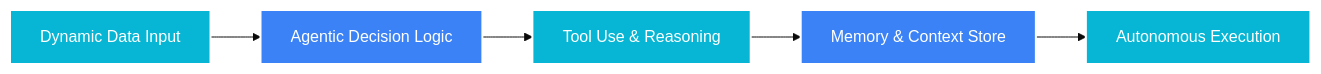
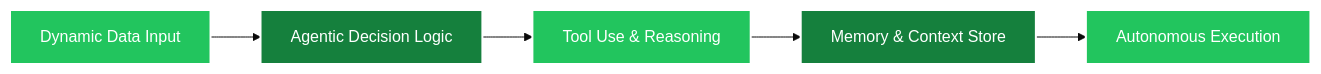
The diagram in README.md (PAMIDIROHIT/PAMIDIROHIT), drawn with Mermaid (base theme) before and after one commit. The commit also changed other lines of this file and 1 other file, not shown here.

````diff
--- a/README.md
+++ b/README.md
@@ -41,12 +41,12 @@
 ```mermaid
 graph LR
     A["Dynamic Data Input"] --> B["Agentic Decision Logic"]
     B --> C["Tool Use & Reasoning"]
     C --> D["Memory & Context Store"]
     D --> E["Autonomous Execution"]
-    style A fill:#06b6d4,stroke:#fff,stroke-width:2px,color:#fff
-    style B fill:#3b82f6,stroke:#fff,stroke-width:2px,color:#fff
-    style C fill:#06b6d4,stroke:#fff,stroke-width:2px,color:#fff
-    style D fill:#3b82f6,stroke:#fff,stroke-width:2px,color:#fff
-    style E fill:#06b6d4,stroke:#fff,stroke-width:2px,color:#fff
+    style A fill:#22c55e,stroke:#fff,stroke-width:2px,color:#fff
+    style B fill:#15803d,stroke:#fff,stroke-width:2px,color:#fff
+    style C fill:#22c55e,stroke:#fff,stroke-width:2px,color:#fff
+    style D fill:#15803d,stroke:#fff,stroke-width:2px,color:#fff
+    style E fill:#22c55e,stroke:#fff,stroke-width:2px,color:#fff
 ```
````
